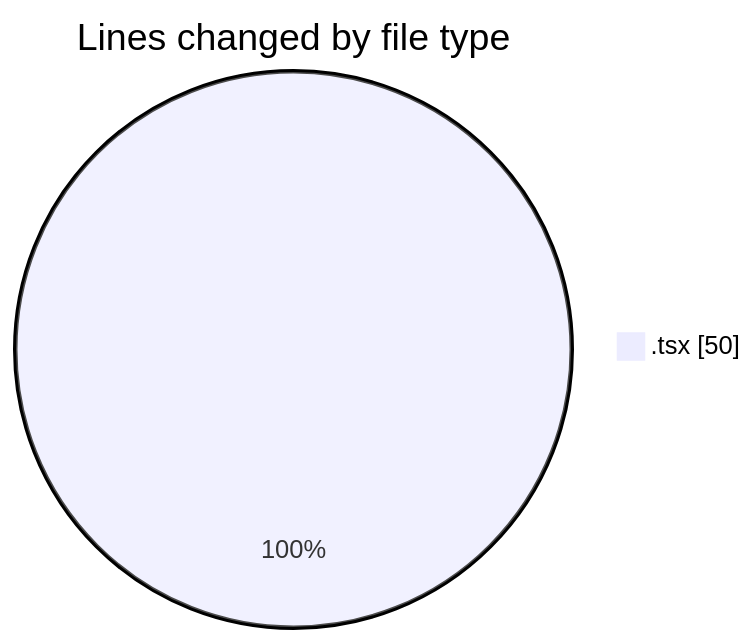
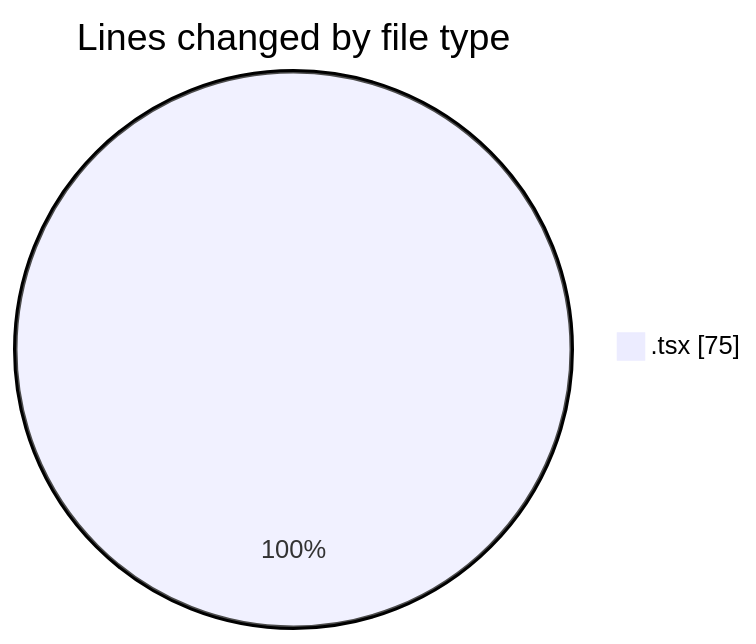
One commit to momahboobian/code-tracking changed the first of 2 diagrams in 2025-09-23/cda/README.md. Above: the diagram before and after it, drawn with Mermaid. The commit also changed other lines of this file and 1 other file, not shown here.

````diff
--- a/2025-09-23/cda/README.md
+++ b/2025-09-23/cda/README.md
@@ -20,5 +20,5 @@
 ```mermaid
 pie showData
 title Lines changed by file type
-".tsx" : 50
+".tsx" : 75
 ```
````
